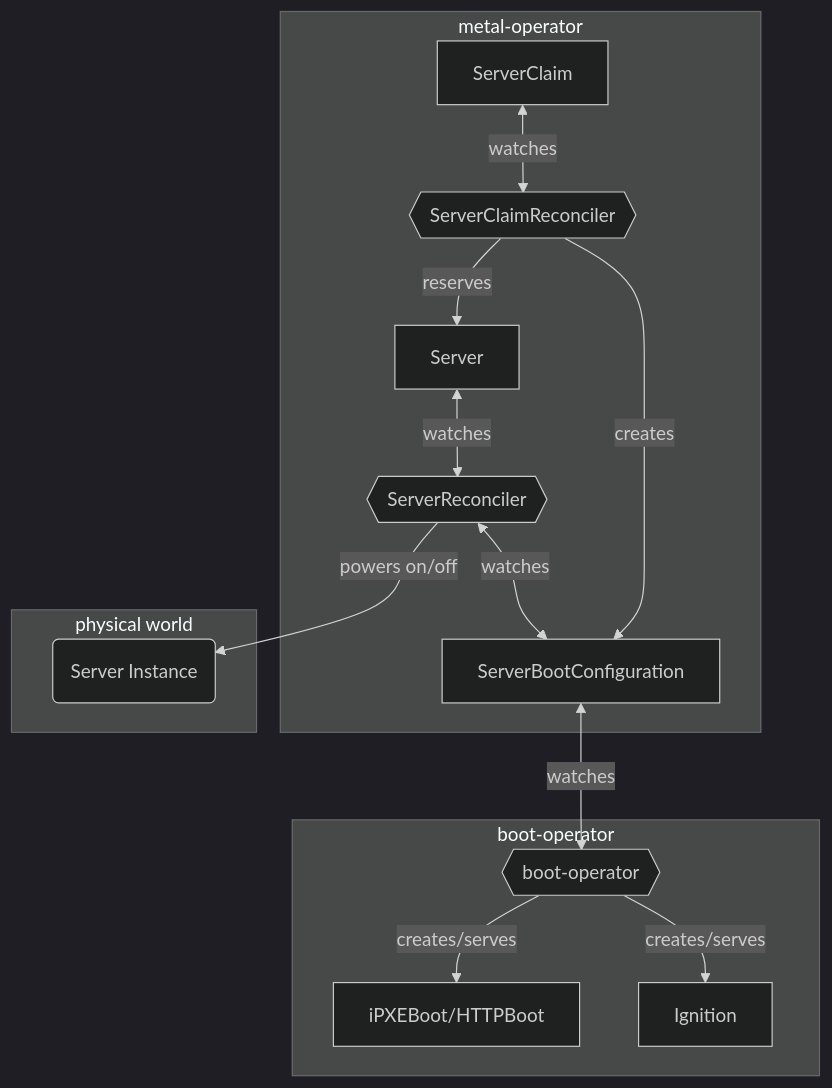
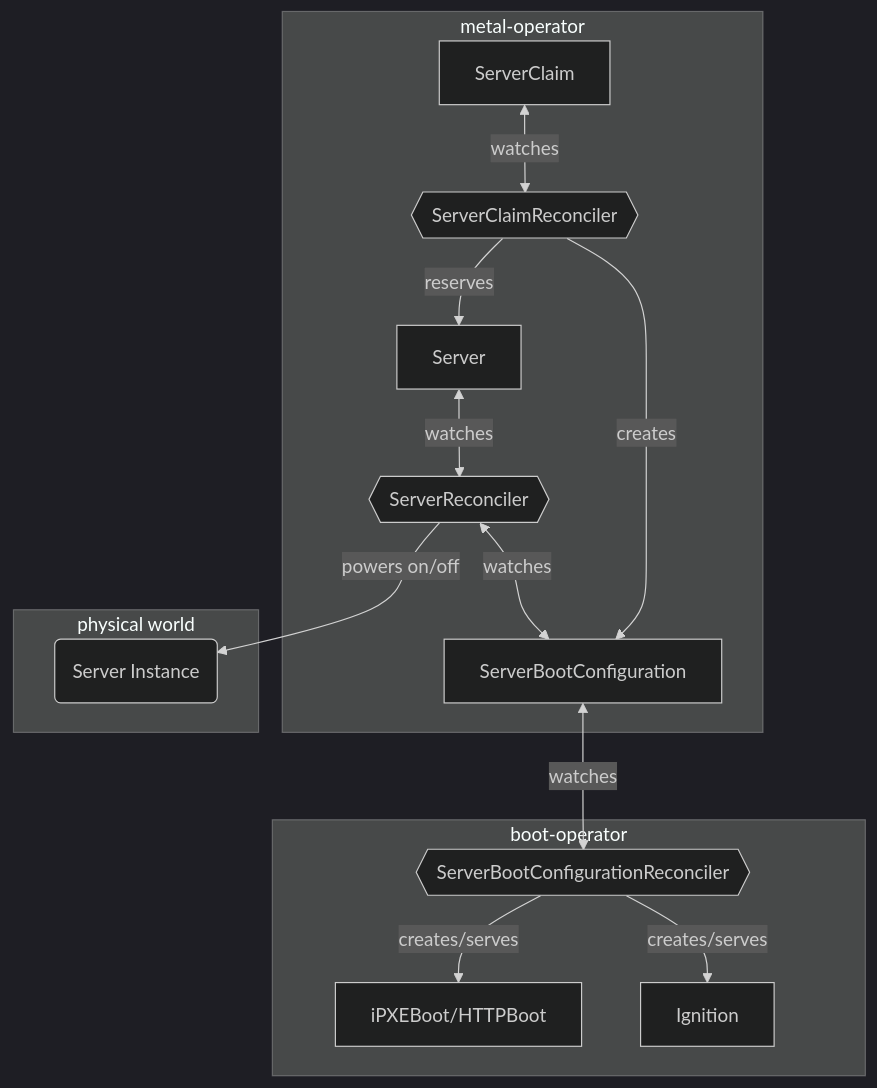
One commit to opensovereigncloud/docs changed the diagram in docs/baremetal/architecture/provisioning.md. Above: the diagram before and after it, drawn with Mermaid (dark theme). The commit also changed 1 other file, not shown here.

Commit message:
Fix BM provisioning and discovery graphs (#80)

````diff
--- a/docs/baremetal/architecture/provisioning.md
+++ b/docs/baremetal/architecture/provisioning.md
@@ -39,18 +39,18 @@
 ```mermaid
 graph TD
     subgraph metal-operator 
         A[ServerClaim] <-->|watches| B{{ServerClaimReconciler}}
         B --> |reserves| C[Server]
         B --> |creates| D[ServerBootConfiguration]
         C <--> |watches| H{{ServerReconciler}}
         H <--> |watches| D
     end
     subgraph physical world
         H --> |powers on/off| I(Server Instance)
     end
     subgraph boot-operator
-        D <--> |watches| E{{boot-operator}}
+        D <--> |watches| E{{ServerBootConfigurationReconciler}}
         E --> |creates/serves| F[iPXEBoot/HTTPBoot]
         E --> |creates/serves| G[Ignition]
     end
 ```
````
